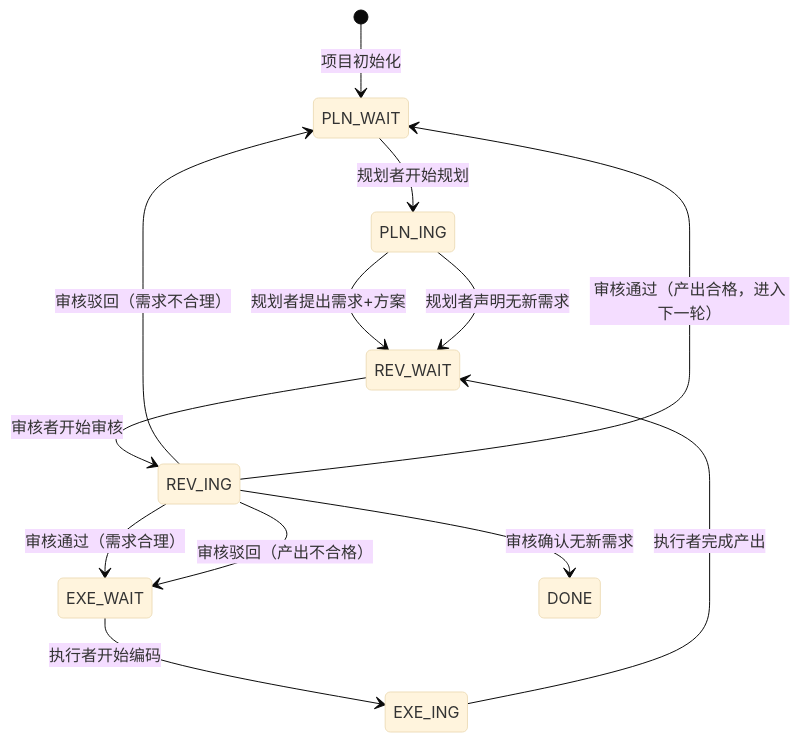
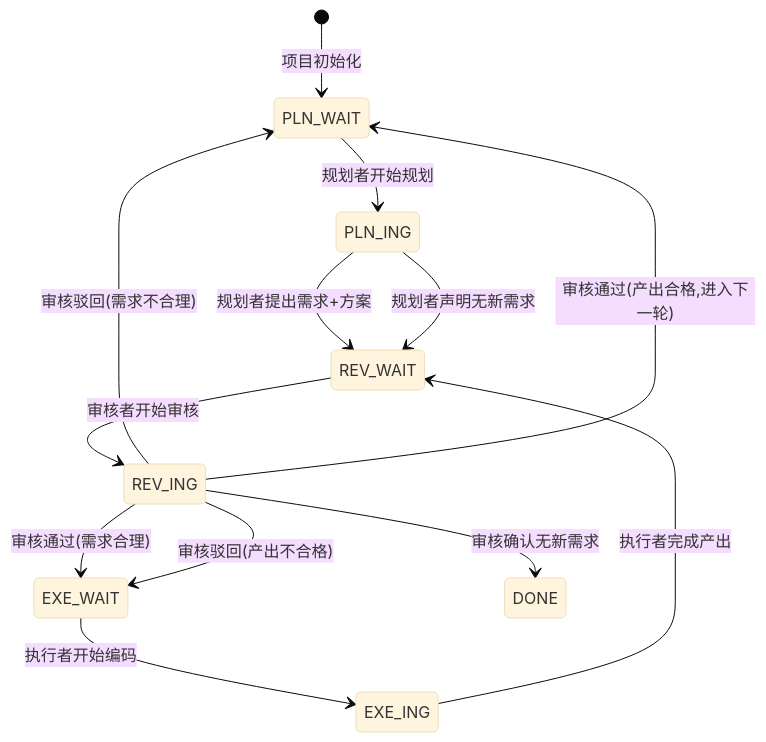
The diagram in 分享文档.md (zhangzhanluo/AI-powered-share), drawn with Mermaid (base theme) before and after one commit. The commit also changed other lines of this file, not shown here.

````diff
--- a/分享文档.md
+++ b/分享文档.md
@@ -266,15 +80,15 @@
 ```mermaid
 stateDiagram-v2
     [*] --> PLN_WAIT : 项目初始化
     PLN_WAIT --> PLN_ING : 规划者开始规划
     PLN_ING --> REV_WAIT : 规划者提出需求+方案
     PLN_ING --> REV_WAIT : 规划者声明无新需求
     REV_WAIT --> REV_ING : 审核者开始审核
-    REV_ING --> EXE_WAIT : 审核通过（需求合理）
-    REV_ING --> PLN_WAIT : 审核驳回（需求不合理）
+    REV_ING --> EXE_WAIT : 审核通过(需求合理)
+    REV_ING --> PLN_WAIT : 审核驳回(需求不合理)
     REV_ING --> DONE : 审核确认无新需求
     EXE_WAIT --> EXE_ING : 执行者开始编码
     EXE_ING --> REV_WAIT : 执行者完成产出
-    REV_ING --> PLN_WAIT : 审核通过（产出合格，进入下一轮）
-    REV_ING --> EXE_WAIT : 审核驳回（产出不合格）
+    REV_ING --> PLN_WAIT : 审核通过(产出合格,进入下一轮)
+    REV_ING --> EXE_WAIT : 审核驳回(产出不合格)
 ```
````
